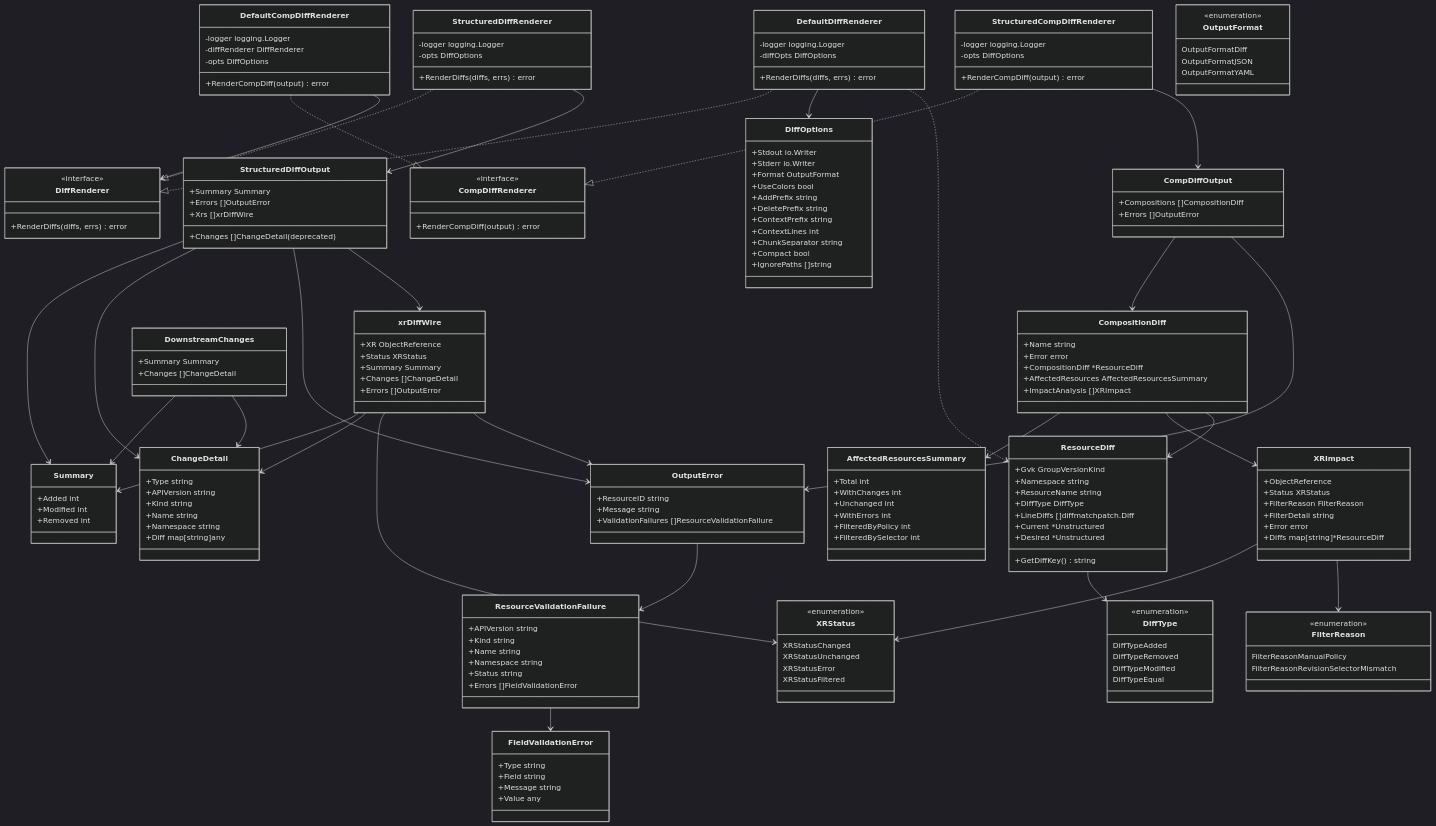
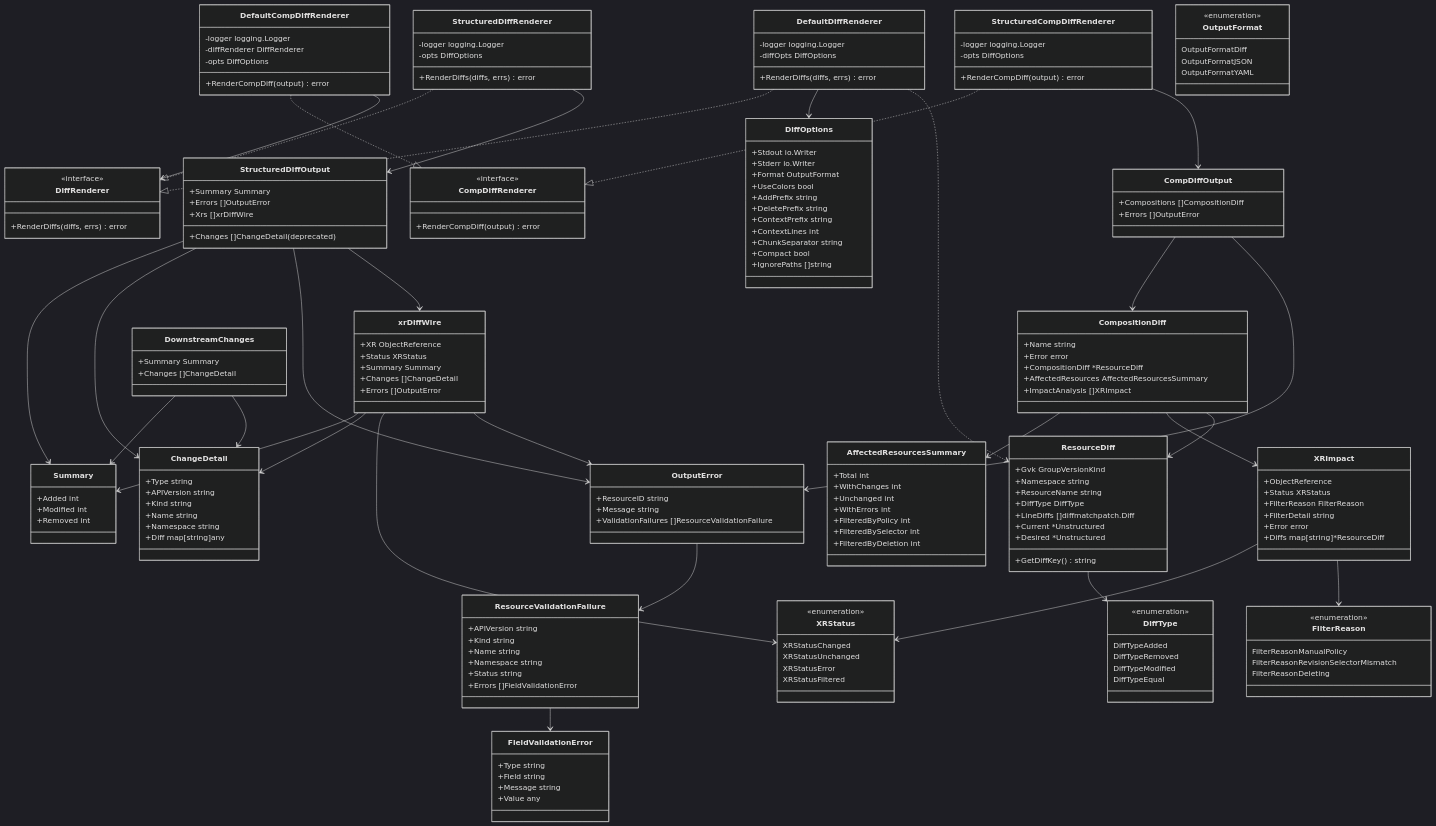
The diagram in design/design-doc-cli-diff/diff-rendering-architecture.mermaid (crossplane-contrib/crossplane-diff), drawn with Mermaid (dark theme) before and after one commit. The commit also changed 15 other files, not shown here.

```diff
--- a/design/design-doc-cli-diff/diff-rendering-architecture.mermaid
+++ b/design/design-doc-cli-diff/diff-rendering-architecture.mermaid
@@ -120,6 +120,7 @@
         <<enumeration>>
         FilterReasonManualPolicy
         FilterReasonRevisionSelectorMismatch
+        FilterReasonDeleting
     }
 
     class AffectedResourcesSummary {
@@ -129,6 +130,7 @@
         +WithErrors int
         +FilteredByPolicy int
         +FilteredBySelector int
+        +FilteredByDeletion int
     }
 
     class DownstreamChanges {
```
